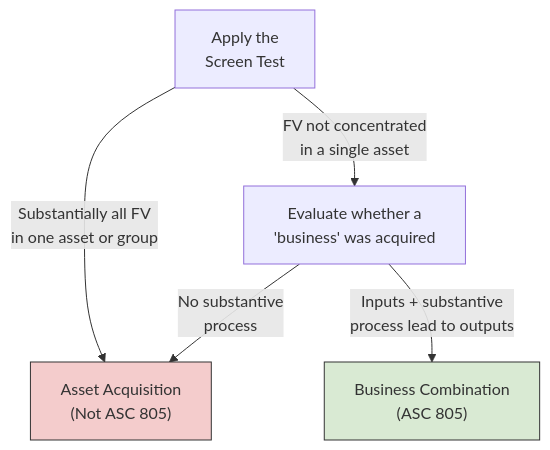
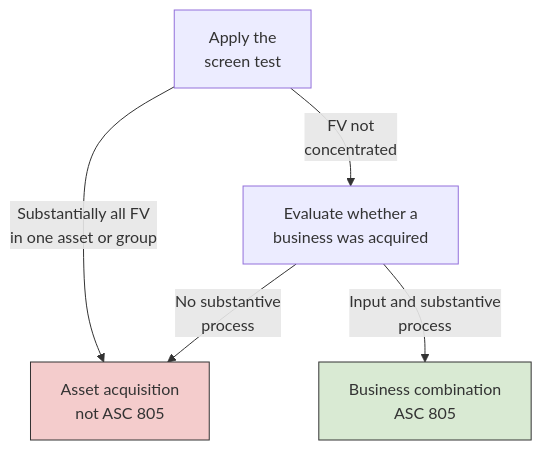
The diagram in docs/bar/technical-accounting-combinations-and-reporting/business-combinations.md (subwaymatch/cpabear-book), drawn with Mermaid before and after one commit. The commit also changed other lines of this file and 204 other files, not shown here.

First line of the commit message:
Update the book for the 2027 CPA Exam Blueprints, fix dark-mode diagrams, add diagram zoom (#49)

````diff
--- a/docs/bar/technical-accounting-combinations-and-reporting/business-combinations.md
+++ b/docs/bar/technical-accounting-combinations-and-reporting/business-combinations.md
@@ -47,9 +26,9 @@
 ```mermaid
 graph TD
-    A["Apply the<br/>Screen Test"] -->|"Substantially all FV<br/>in one asset or group"| B["Asset Acquisition<br/>(Not ASC 805)"]
-    A -->|"FV not concentrated<br/>in a single asset"| C["Evaluate whether a<br/>'business' was acquired"]
-    C -->|"Inputs + substantive<br/>process lead to outputs"| D["Business Combination<br/>(ASC 805)"]
+    A["Apply the<br/>screen test"] -->|"Substantially all FV<br/>in one asset or group"| B["Asset acquisition<br/>not ASC 805"]
+    A -->|"FV not<br/>concentrated"| C["Evaluate whether a<br/>business was acquired"]
+    C -->|"Input and substantive<br/>process"| D["Business combination<br/>ASC 805"]
     C -->|"No substantive<br/>process"| B
     style B fill:#f4cccc,stroke:#333
     style D fill:#d9ead3,stroke:#333
 ```
````
